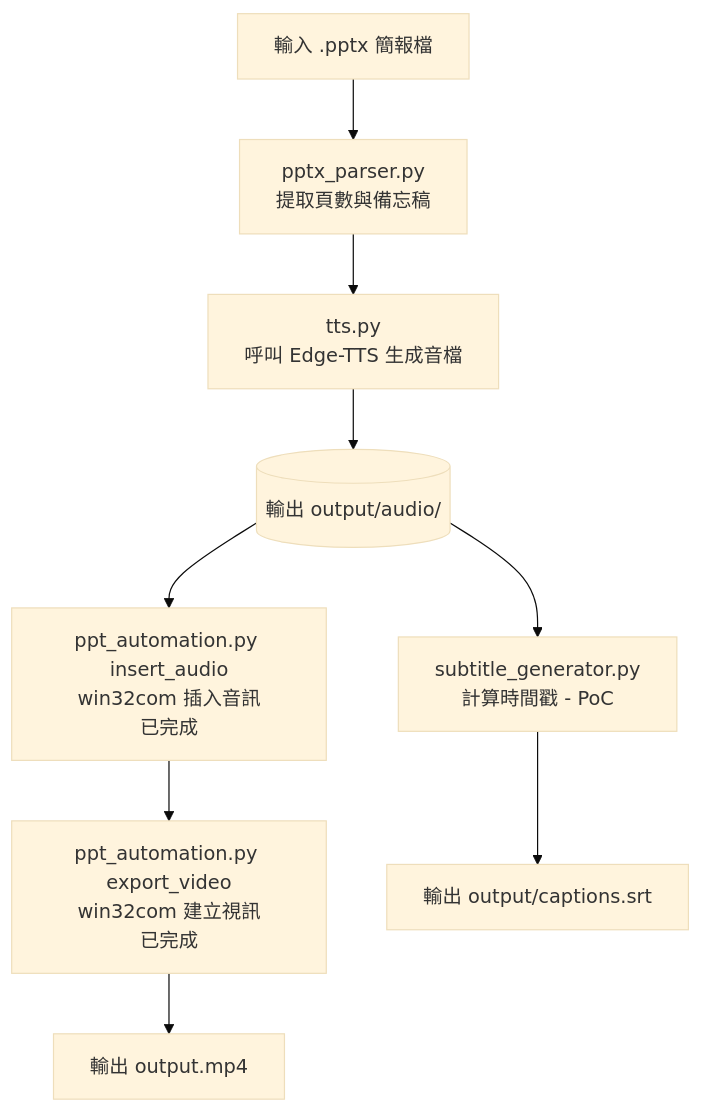
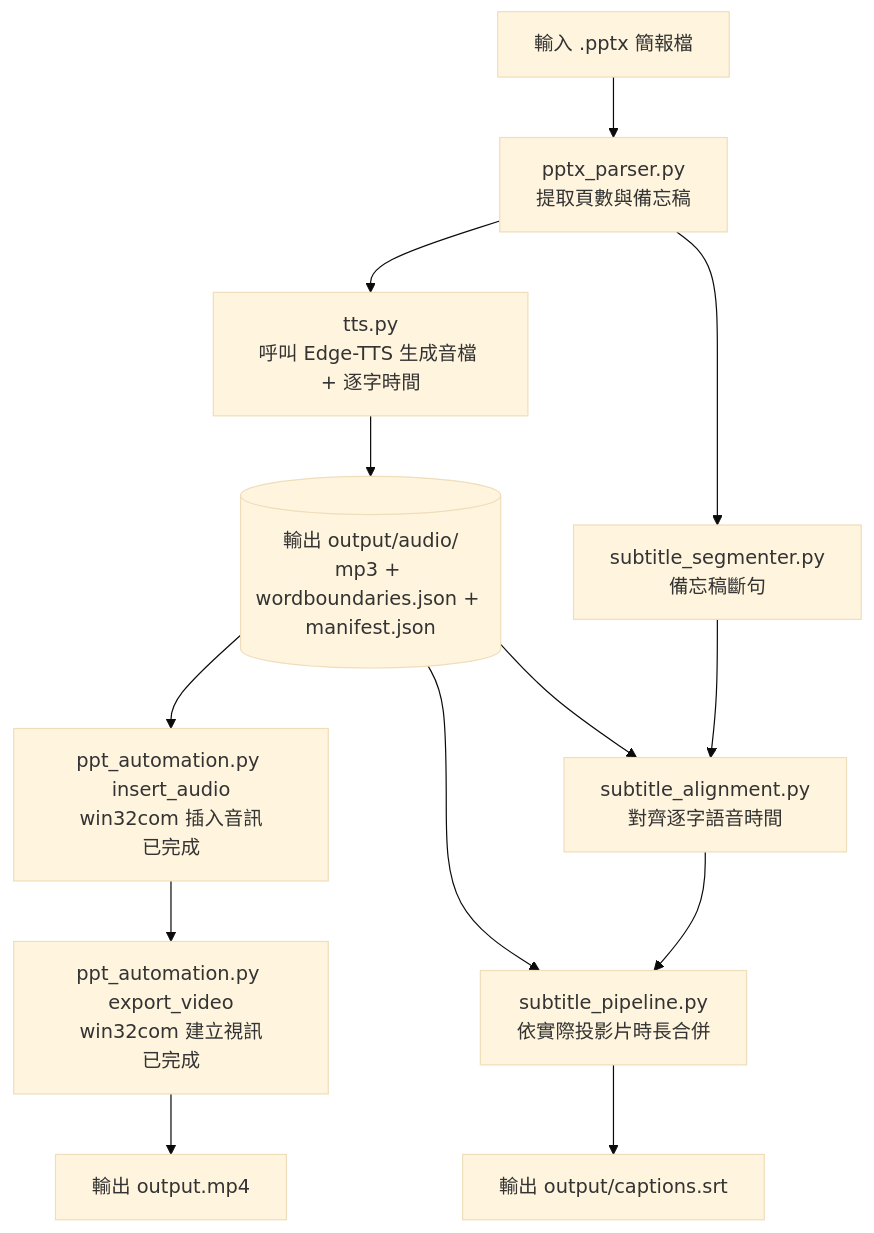
The diagram in README.md (shuanhao/pptx2video), drawn with Mermaid (base theme) before and after one commit. The commit also changed other lines of this file and 4 other files, not shown here.

````diff
--- a/README.md
+++ b/README.md
@@ -440,13 +460,17 @@
 ```mermaid
 graph TD
     A[輸入 .pptx 簡報檔] --> B[pptx_parser.py<br>提取頁數與備忘稿]
-    B --> C[tts.py<br>呼叫 Edge-TTS 生成音檔]
-    C --> D[(輸出 output/audio/)]
+    B --> C[tts.py<br>呼叫 Edge-TTS 生成音檔 + 逐字時間]
+    C --> D[(輸出 output/audio/<br>mp3 + wordboundaries.json + manifest.json)]
 
     D --> E[ppt_automation.py insert_audio<br>win32com 插入音訊<br>已完成]
-    D --> F[subtitle_generator.py<br>計算時間戳 - PoC]
+    B --> F1[subtitle_segmenter.py<br>備忘稿斷句]
+    F1 --> F2[subtitle_alignment.py<br>對齊逐字語音時間]
+    D --> F2
+    F2 --> F3[subtitle_pipeline.py<br>依實際投影片時長合併]
+    D --> F3
 
     E --> G[ppt_automation.py export_video<br>win32com 建立視訊<br>已完成]
     G --> I[輸出 output.mp4]
-    F --> H[輸出 output/captions.srt]
+    F3 --> H[輸出 output/captions.srt]
 ```
````
